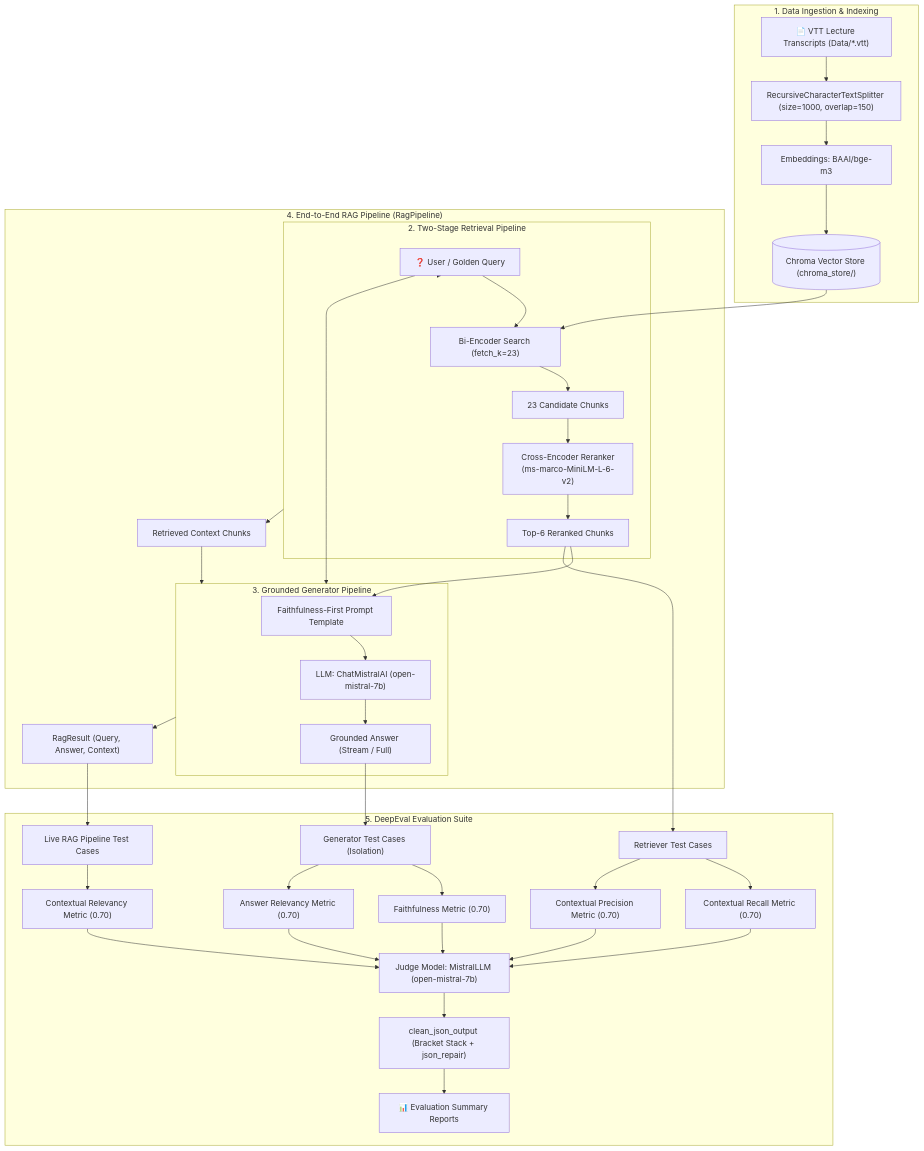
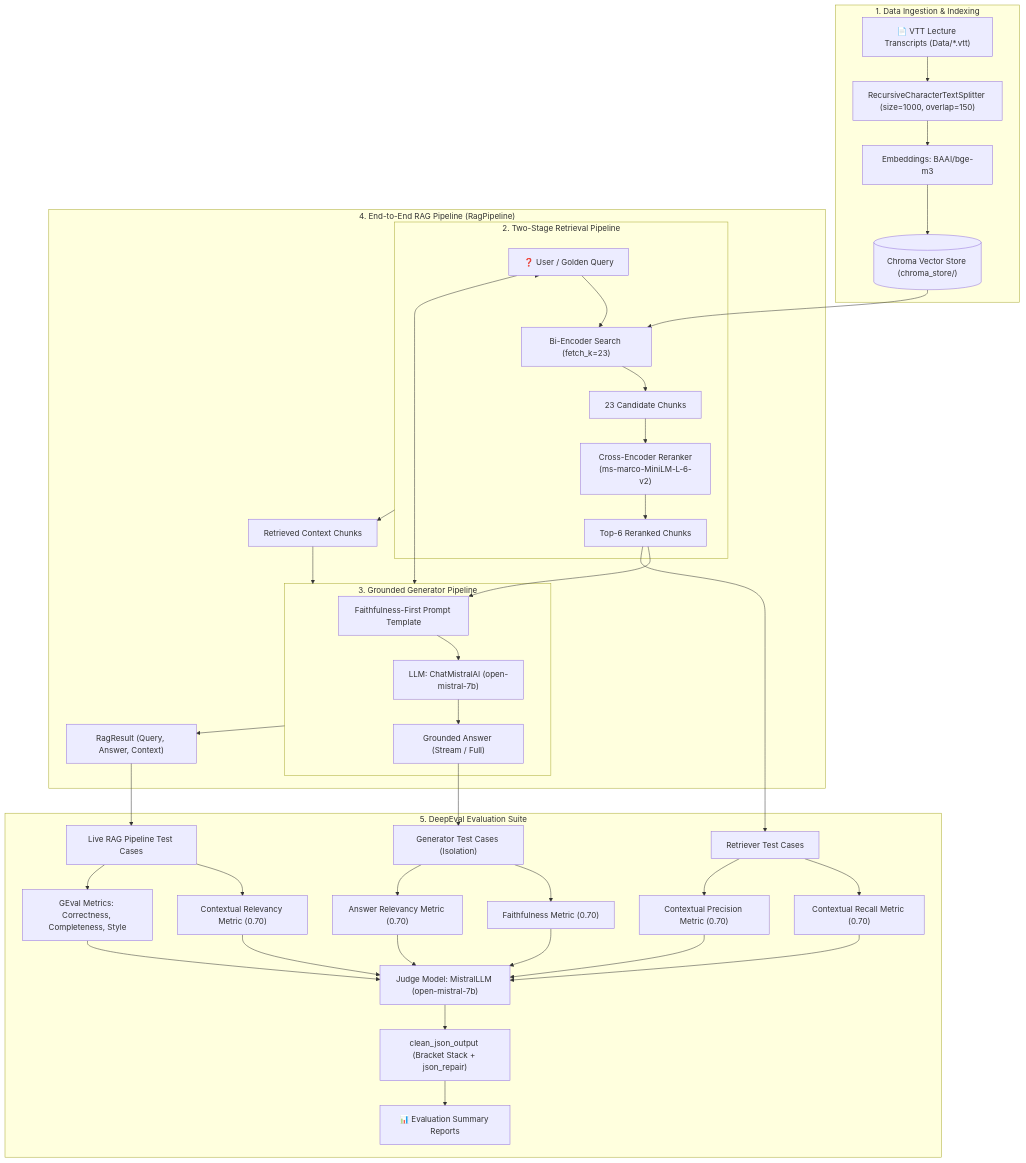
One commit to shlokbam/LLM-RAG-Evaluation changed the diagram in README.md. Above: the diagram before and after it, drawn with Mermaid. The commit also changed other lines of this file and 5 other files, not shown here.

````diff
--- a/README.md
+++ b/README.md
@@ -18,46 +18,47 @@
 ```mermaid
 flowchart TD
     subgraph Ingestion ["1. Data Ingestion & Indexing"]
         VTT["📄 VTT Lecture Transcripts (Data/*.vtt)"] --> TextSplitter["RecursiveCharacterTextSplitter (size=1000, overlap=150)"]
         TextSplitter --> BGE["Embeddings: BAAI/bge-m3"]
         BGE --> ChromaDB[("Chroma Vector Store (chroma_store/)")]
     end
 
     subgraph TwoStageRetriever ["2. Two-Stage Retrieval Pipeline"]
         Query["❓ User / Golden Query"] --> BiEncoder["Bi-Encoder Search (fetch_k=23)"]
         ChromaDB --> BiEncoder
         BiEncoder --> Candidates["23 Candidate Chunks"]
         Candidates --> CrossEncoder["Cross-Encoder Reranker\n(ms-marco-MiniLM-L-6-v2)"]
         CrossEncoder --> TopK["Top-6 Reranked Chunks"]
     end
 
     subgraph GeneratorComponent ["3. Grounded Generator Pipeline"]
         TopK --> GenPrompt["Faithfulness-First Prompt Template"]
         GenPrompt --> MistralGen["LLM: ChatMistralAI (open-mistral-7b)"]
         MistralGen --> Answer["Grounded Answer (Stream / Full)"]
     end
 
     subgraph RagOrchestrator ["4. End-to-End RAG Pipeline (RagPipeline)"]
         Query --> TwoStageRetriever
         TwoStageRetriever --> Context["Retrieved Context Chunks"]
         Context & Query --> GeneratorComponent
         GeneratorComponent --> FinalOutput["RagResult (Query, Answer, Context)"]
     end
 
     subgraph DeepEvalHarness ["5. DeepEval Evaluation Suite"]
         TopK --> RetCases["Retriever Test Cases"]
         RetCases --> Recall["Contextual Recall Metric (0.70)"]
         RetCases --> Precision["Contextual Precision Metric (0.70)"]
 
         Answer --> GenCases["Generator Test Cases (Isolation)"]
         GenCases --> Faithfulness["Faithfulness Metric (0.70)"]
         GenCases --> Relevancy["Answer Relevancy Metric (0.70)"]
 
         FinalOutput --> PipelineCases["Live RAG Pipeline Test Cases"]
         PipelineCases --> CtxRelevancy["Contextual Relevancy Metric (0.70)"]
+        PipelineCases --> GEvalApp["GEval Metrics: Correctness, Completeness, Style"]
 
-        Recall & Precision & Faithfulness & Relevancy & CtxRelevancy --> MistralJudge["Judge Model: MistralLLM (open-mistral-7b)"]
+        Recall & Precision & Faithfulness & Relevancy & CtxRelevancy & GEvalApp --> MistralJudge["Judge Model: MistralLLM (open-mistral-7b)"]
         MistralJudge --> JSONRepair["clean_json_output (Bracket Stack + json_repair)"]
         JSONRepair --> Report["📊 Evaluation Summary Reports"]
     end
 ```
````
